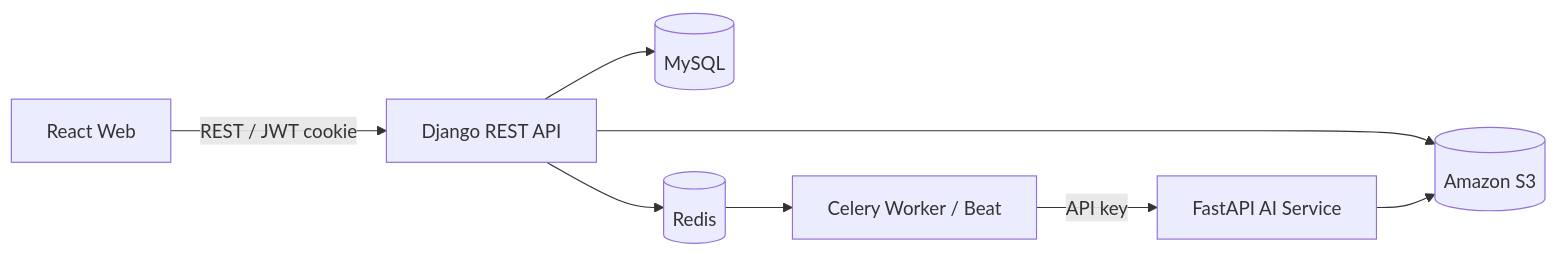
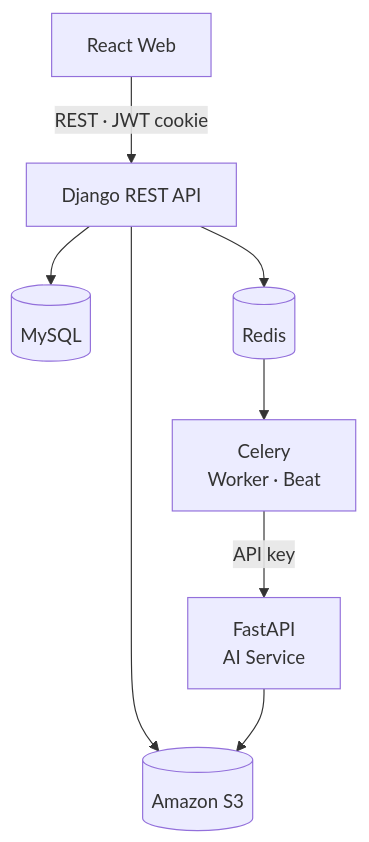
The diagram in README.md (bigmooon/mongle-server), drawn with Mermaid before and after one commit.

Commit message:
docs: compact architecture diagrams

````diff
--- a/README.md
+++ b/README.md
@@ -22,10 +22,16 @@
 ```mermaid
-flowchart LR
-    WEB[React Web] -->|REST / JWT cookie| API[Django REST API]
-    API --> MYSQL[(MySQL)]
-    API --> REDIS[(Redis)]
-    REDIS --> CELERY[Celery Worker / Beat]
-    CELERY -->|API key| AI[FastAPI AI Service]
-    API --> S3[(Amazon S3)]
+flowchart TB
+    WEB[React Web]
+    API[Django REST API]
+    MYSQL[(MySQL)]
+    REDIS[(Redis)]
+    S3[(Amazon S3)]
+    CELERY["Celery<br/>Worker · Beat"]
+    AI["FastAPI<br/>AI Service"]
+
+    WEB -->|REST · JWT cookie| API
+    API --> MYSQL
+    API --> S3
+    API --> REDIS --> CELERY -->|API key| AI
     AI --> S3
 ```
````
